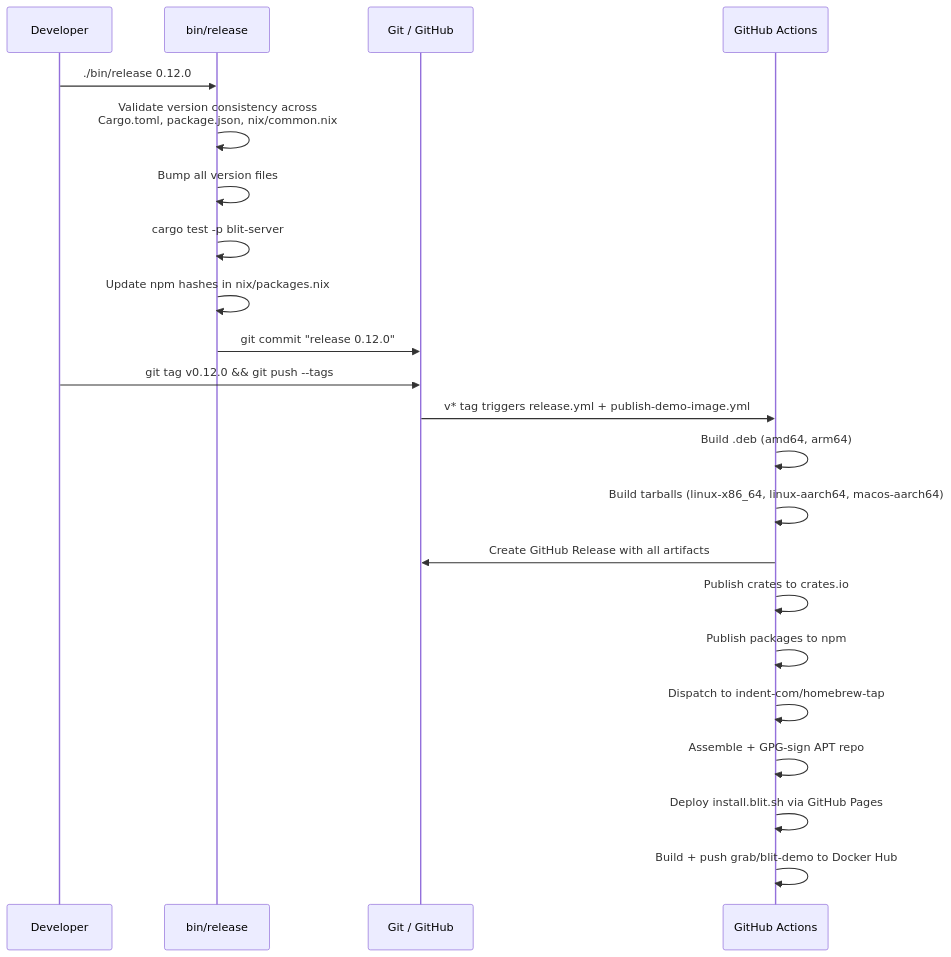
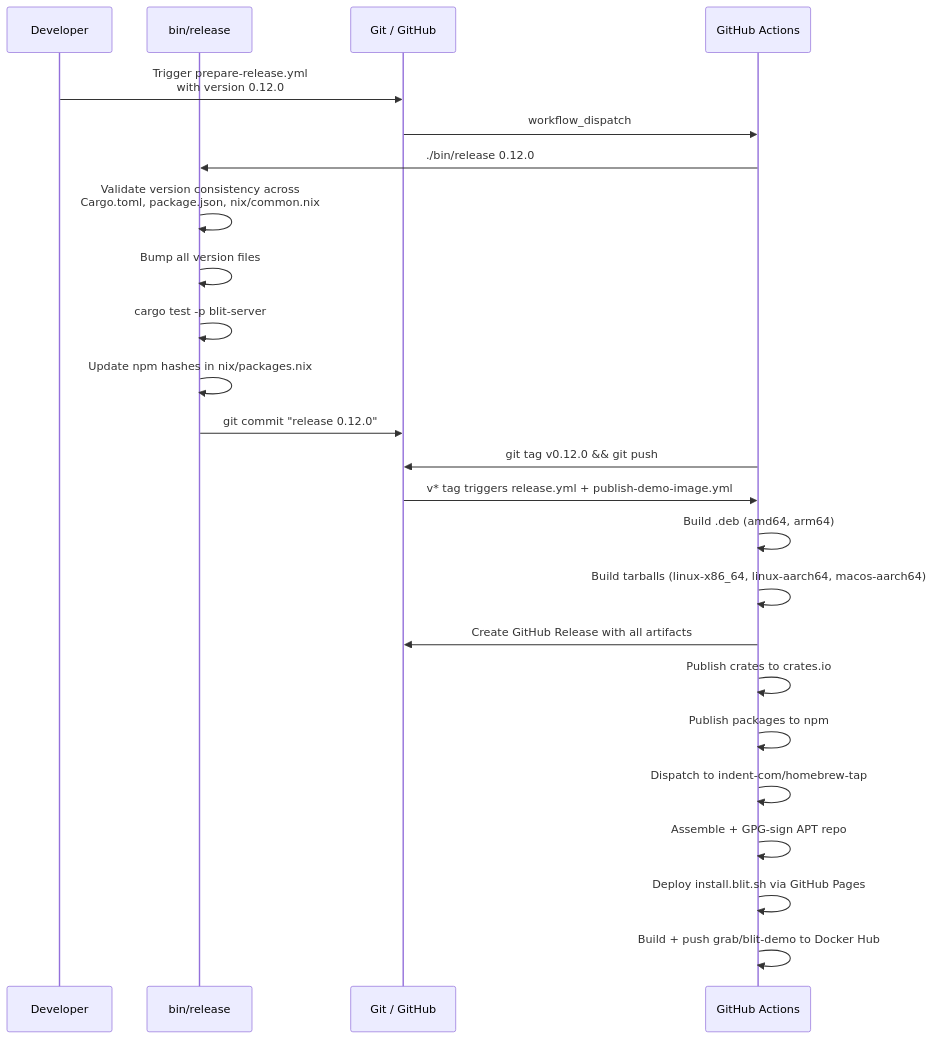
Before and after one commit to indent-com/blit: the eighth of 8 diagrams in SERVICES.md, drawn with Mermaid. The commit also changed other lines of this file and 1 other file, not shown here.

First line of the commit message:
Add prepare-release workflow for triggering releases from GHA (#107)

````diff
--- a/SERVICES.md
+++ b/SERVICES.md
@@ -244,27 +255,28 @@
 ```mermaid
 sequenceDiagram
     participant Dev as Developer
     participant Rel as bin/release
     participant Git as Git / GitHub
     participant CI as GitHub Actions
 
-    Dev->>Rel: ./bin/release 0.12.0
+    Dev->>Git: Trigger prepare-release.yml<br>with version 0.12.0
+    Git->>CI: workflow_dispatch
+    CI->>Rel: ./bin/release 0.12.0
     Rel->>Rel: Validate version consistency across<br>Cargo.toml, package.json, nix/common.nix
     Rel->>Rel: Bump all version files
     Rel->>Rel: cargo test -p blit-server
     Rel->>Rel: Update npm hashes in nix/packages.nix
     Rel->>Git: git commit "release 0.12.0"
-
-    Dev->>Git: git tag v0.12.0 && git push --tags
+    CI->>Git: git tag v0.12.0 && git push
     Git->>CI: v* tag triggers release.yml + publish-demo-image.yml
 
     CI->>CI: Build .deb (amd64, arm64)
     CI->>CI: Build tarballs (linux-x86_64, linux-aarch64, macos-aarch64)
     CI->>Git: Create GitHub Release with all artifacts
     CI->>CI: Publish crates to crates.io
     CI->>CI: Publish packages to npm
     CI->>CI: Dispatch to indent-com/homebrew-tap
     CI->>CI: Assemble + GPG-sign APT repo
     CI->>CI: Deploy install.blit.sh via GitHub Pages
     CI->>CI: Build + push grab/blit-demo to Docker Hub
 ```
````
